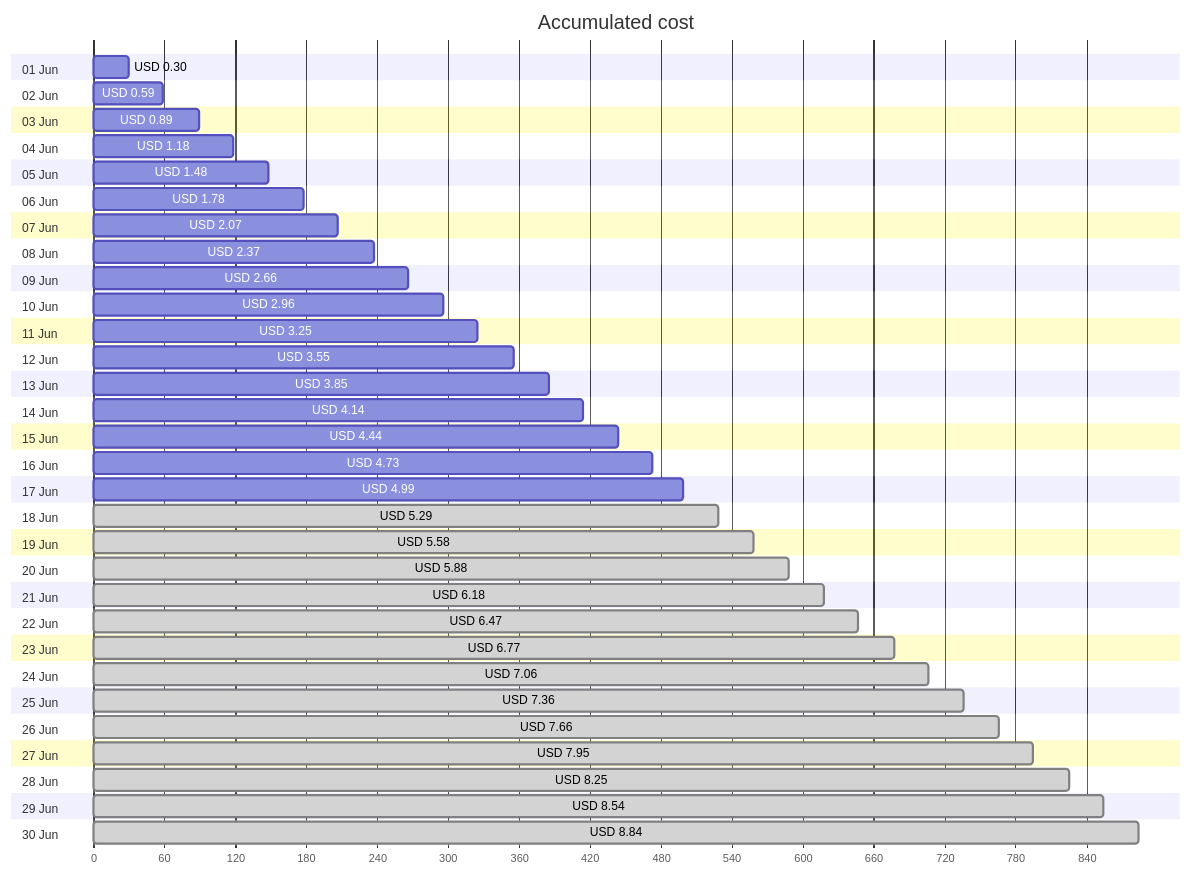
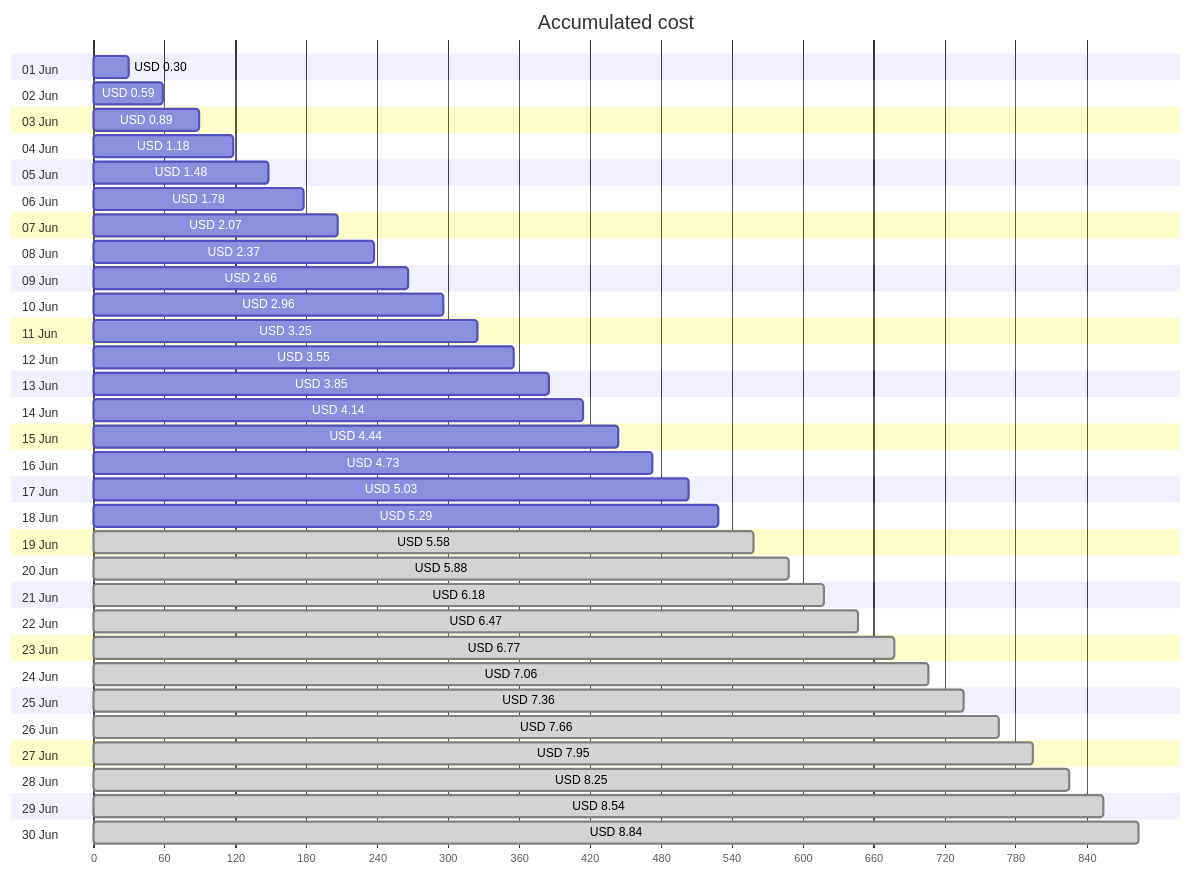
The first of 4 diagrams in cost-reports/personal-site/personal-site-preview.md (jpfulton/azure-personal-reports), drawn with Mermaid before and after one commit. The commit also changed other lines of this file and 6 other files, not shown here.

````diff
--- a/cost-reports/personal-site/personal-site-preview.md
+++ b/cost-reports/personal-site/personal-site-preview.md
@@ -20,66 +20,66 @@
 ```mermaid
 gantt
    title Accumulated cost
    dateFormat  X
    axisFormat %s
    section 01 Jun
    USD 0.30 :0, 30
    section 02 Jun
    USD 0.59 :0, 59
    section 03 Jun
    USD 0.89 :0, 89
    section 04 Jun
    USD 1.18 :0, 118
    section 05 Jun
    USD 1.48 :0, 148
    section 06 Jun
    USD 1.78 :0, 178
    section 07 Jun
    USD 2.07 :0, 207
    section 08 Jun
    USD 2.37 :0, 237
    section 09 Jun
    USD 2.66 :0, 266
    section 10 Jun
    USD 2.96 :0, 296
    section 11 Jun
    USD 3.25 :0, 325
    section 12 Jun
    USD 3.55 :0, 355
    section 13 Jun
    USD 3.85 :0, 385
    section 14 Jun
    USD 4.14 :0, 414
    section 15 Jun
    USD 4.44 :0, 444
    section 16 Jun
    USD 4.73 :0, 473
    section 17 Jun
-   USD 4.99 :0, 499
+   USD 5.03 :0, 503
    section 18 Jun
-   USD 5.29 : done, 0, 529
+   USD 5.29 :0, 529
    section 19 Jun
    USD 5.58 : done, 0, 558
    section 20 Jun
    USD 5.88 : done, 0, 588
    section 21 Jun
    USD 6.18 : done, 0, 618
    section 22 Jun
    USD 6.47 : done, 0, 647
    section 23 Jun
    USD 6.77 : done, 0, 677
    section 24 Jun
    USD 7.06 : done, 0, 706
    section 25 Jun
    USD 7.36 : done, 0, 736
    section 26 Jun
    USD 7.66 : done, 0, 766
    section 27 Jun
    USD 7.95 : done, 0, 795
    section 28 Jun
    USD 8.25 : done, 0, 825
    section 29 Jun
    USD 8.54 : done, 0, 854
    section 30 Jun
    USD 8.84 : done, 0, 884
 ```
````
